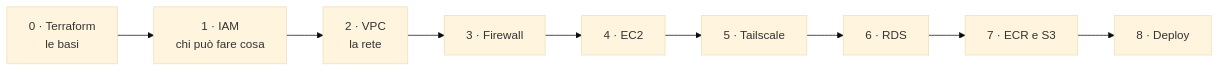
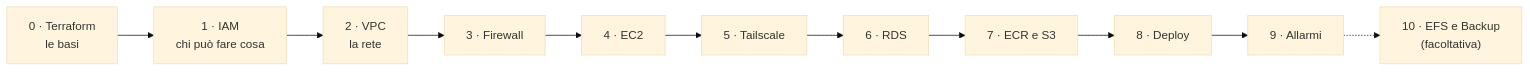
One commit to cereZ23/aws changed the diagram in README.md. Above: the diagram before and after it, drawn with Mermaid (base theme). The commit also changed other lines of this file and 2 other files, not shown here.

Commit message:
Lezione 9: allarmi e auto-riparazione (dispensa e slide)

````diff
--- a/README.md
+++ b/README.md
@@ -17,11 +17,13 @@
 ```mermaid
 flowchart LR
     L0["0 · Terraform<br/>le basi"] --> L1["1 · IAM<br/>chi può fare cosa"]
     L1 --> L2["2 · VPC<br/>la rete"]
     L2 --> L3["3 · Firewall"]
     L3 --> L4["4 · EC2"]
     L4 --> L5["5 · Tailscale"]
     L5 --> L6["6 · RDS"]
     L6 --> L7["7 · ECR e S3"]
     L7 --> L8["8 · Deploy"]
+    L8 --> L9["9 · Allarmi"]
+    L9 -.-> L10["10 · EFS e Backup<br/>(facoltativa)"]
 ```
````
